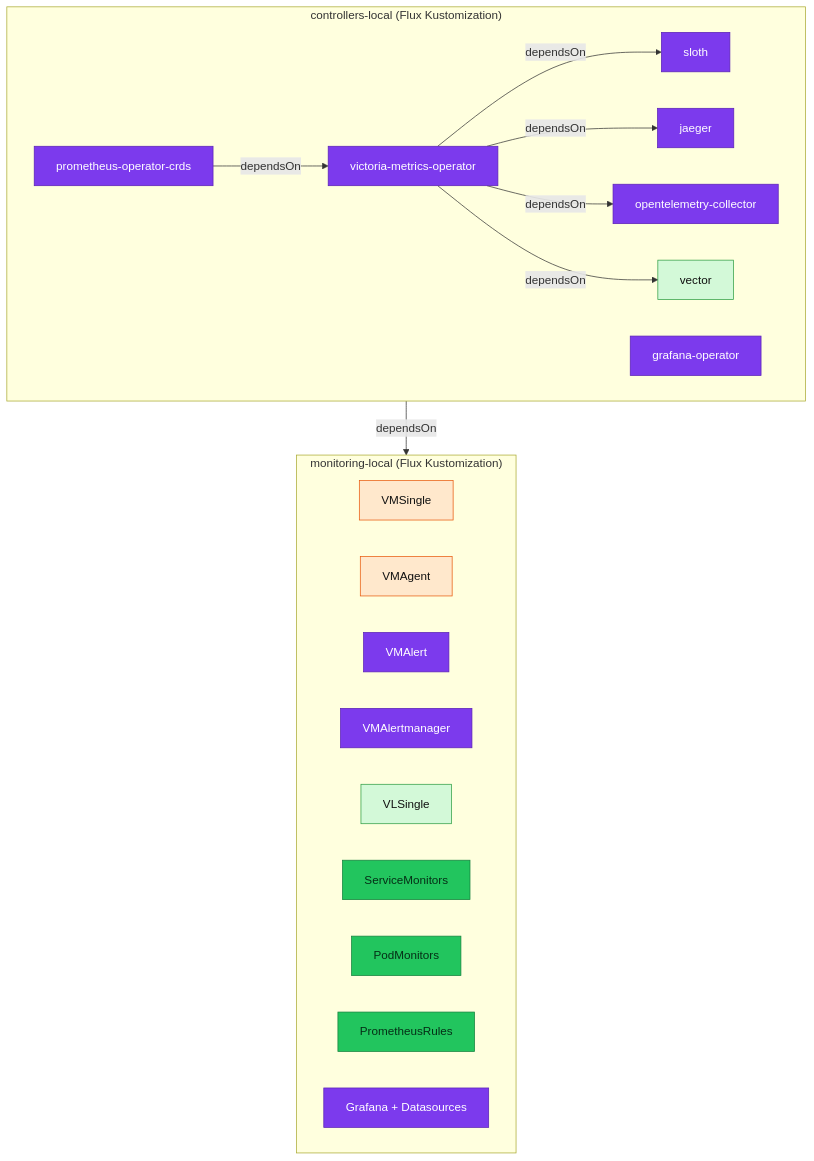
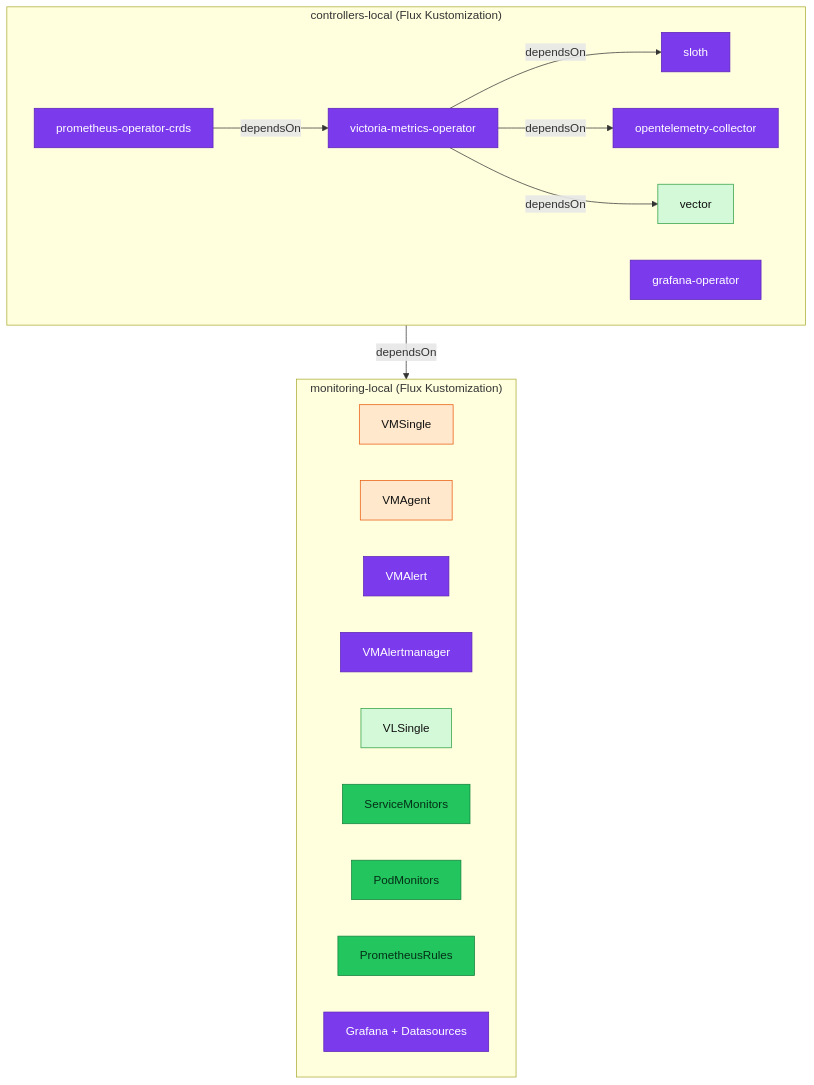
One commit to duynhlab/homelab changed the fourth of 6 diagrams in docs/observability/metrics/victoriametrics.md. Above: the diagram before and after it, drawn with Mermaid. The commit also changed other lines of this file and 57 other files, not shown here.

````diff
--- a/docs/observability/metrics/victoriametrics.md
+++ b/docs/observability/metrics/victoriametrics.md
@@ -540,47 +540,45 @@
 ```mermaid
 flowchart TD
     subgraph controllers ["controllers-local (Flux Kustomization)"]
         PromCRDs["prometheus-operator-crds"]
         VMOp["victoria-metrics-operator"]
         GrafanaOp["grafana-operator"]
         Sloth["sloth"]
-        Jaeger["jaeger"]
         OTel["opentelemetry-collector"]
         Vector["vector"]
     end
 
     subgraph monitoring ["monitoring-local (Flux Kustomization)"]
         VMSingle_k["VMSingle"]
         VMAgent_k["VMAgent"]
         VMAlert_k["VMAlert"]
         VMAMgr_k["VMAlertmanager"]
         VLSingle_k["VLSingle"]
         SMs["ServiceMonitors"]
         PMs["PodMonitors"]
         PRs["PrometheusRules"]
         GrafanaCR["Grafana + Datasources"]
     end
 
     PromCRDs -->|"dependsOn"| VMOp
     VMOp -->|"dependsOn"| Sloth
-    VMOp -->|"dependsOn"| Jaeger
     VMOp -->|"dependsOn"| OTel
     VMOp -->|"dependsOn"| Vector
     controllers -->|"dependsOn"| monitoring
 
     classDef service fill:#06b6d4,color:#082f49,stroke:#0e7490;
     classDef edge fill:#2563eb,color:#fff,stroke:#1e3a8a;
     classDef platform fill:#7c3aed,color:#fff,stroke:#5b21b6;
     classDef external fill:#64748b,color:#fff,stroke:#334155;
     classDef data fill:#22c55e,color:#052e16,stroke:#15803d;
     classDef metric fill:#ffe8cc,color:#111,stroke:#e8590c;
     classDef log fill:#d3f9d8,color:#111,stroke:#2f9e44;
     classDef trace fill:#c5f6fa,color:#111,stroke:#0c8599;
     classDef collector fill:#a5d8ff,color:#111,stroke:#1971c2;
-    class PromCRDs,VMOp,GrafanaOp,Sloth,Jaeger,OTel platform;
+    class PromCRDs,VMOp,GrafanaOp,Sloth,OTel platform;
     class Vector,VLSingle_k log;
     class VMSingle_k,VMAgent_k metric;
     class VMAlert_k,VMAMgr_k platform;
     class SMs,PMs,PRs data;
     class GrafanaCR platform;
 ```
````
